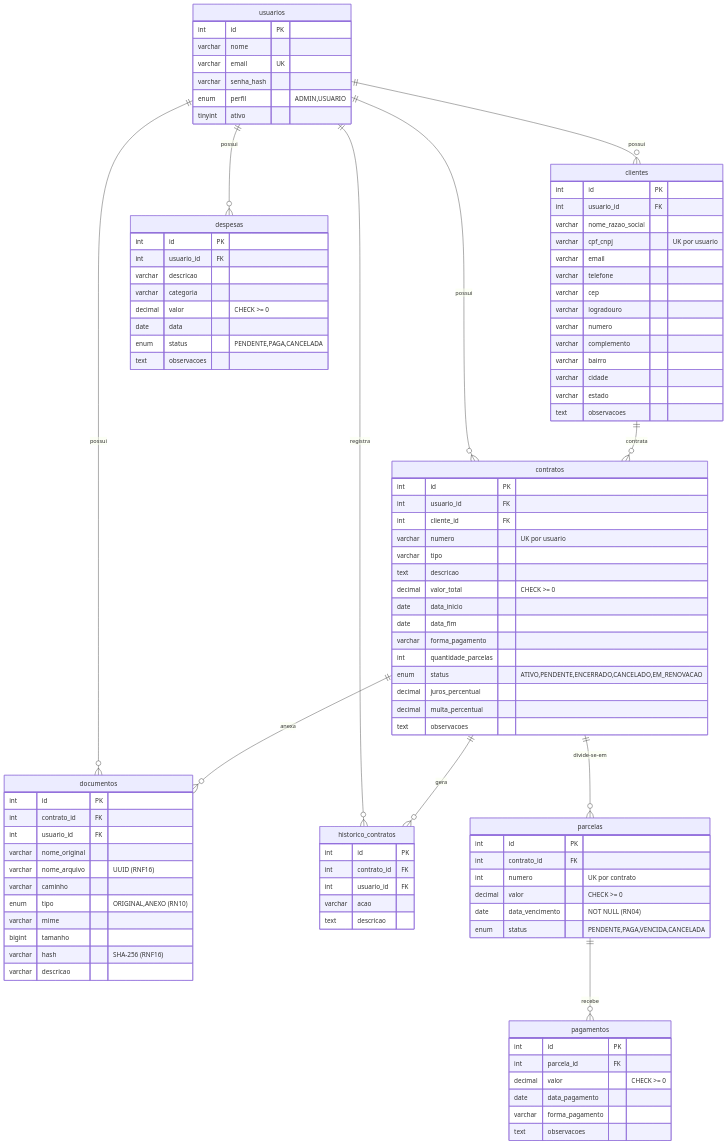
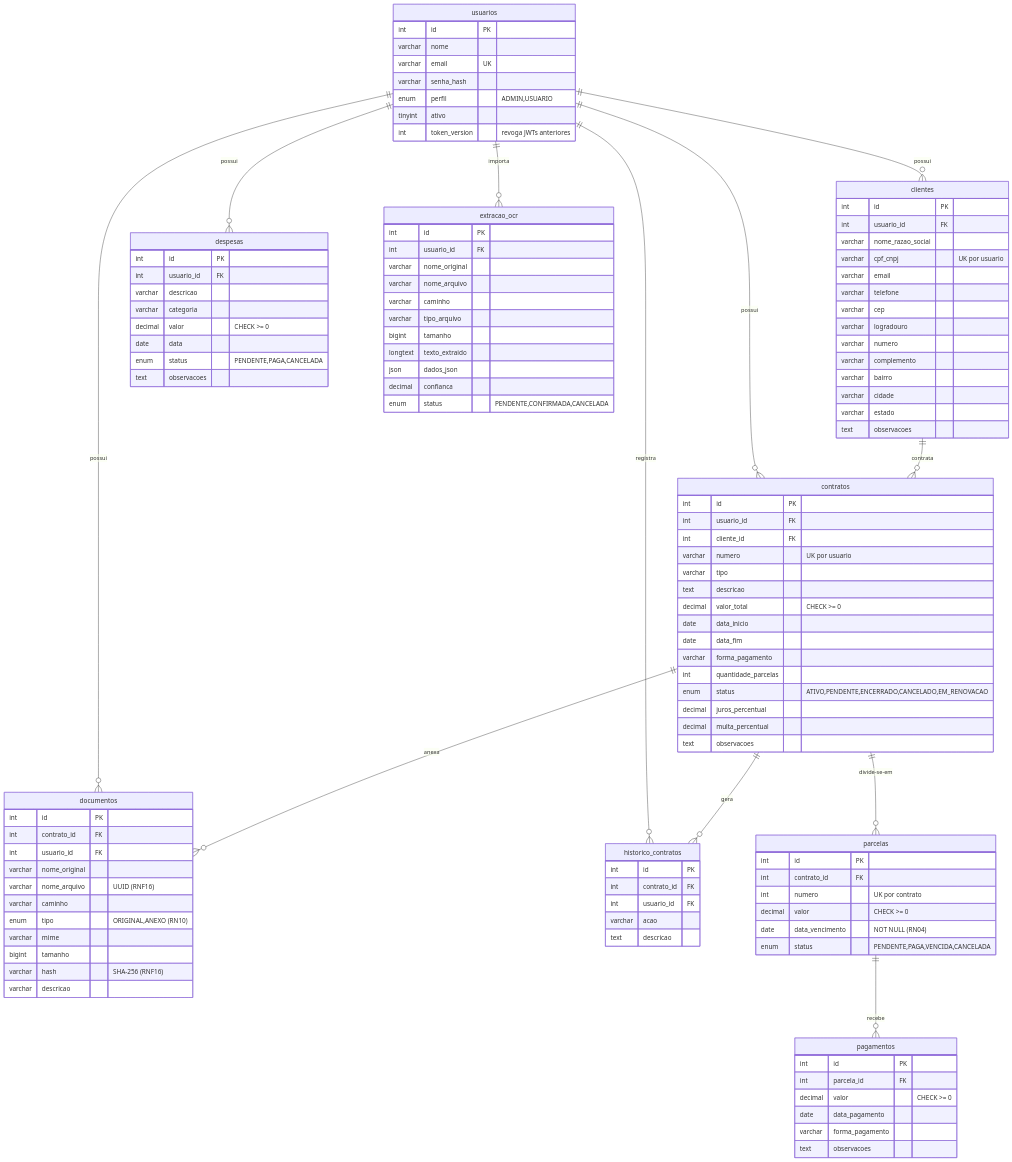
The diagram in docs/DER.md (GuiBazon/contractflow), drawn with Mermaid before and after one commit. The commit also changed other lines of this file and 7 other files, not shown here.

```diff
--- a/docs/DER.md
+++ b/docs/DER.md
@@ -17,6 +17,7 @@
     usuarios ||--o{ documentos : possui
     usuarios ||--o{ historico_contratos : registra
     usuarios ||--o{ despesas : possui
+    usuarios ||--o{ extracao_ocr : importa
     clientes ||--o{ contratos : contrata
     contratos ||--o{ parcelas : divide-se-em
     contratos ||--o{ documentos : anexa
@@ -30,6 +31,20 @@
         varchar senha_hash
         enum perfil "ADMIN,USUARIO"
         tinyint ativo
+        int token_version "revoga JWTs anteriores"
+    }
+    extracao_ocr {
+        int id PK
+        int usuario_id FK
+        varchar nome_original
+        varchar nome_arquivo
+        varchar caminho
+        varchar tipo_arquivo
+        bigint tamanho
+        longtext texto_extraido
+        json dados_json
+        decimal confianca
+        enum status "PENDENTE,CONFIRMADA,CANCELADA"
     }
     clientes {
         int id PK
```
